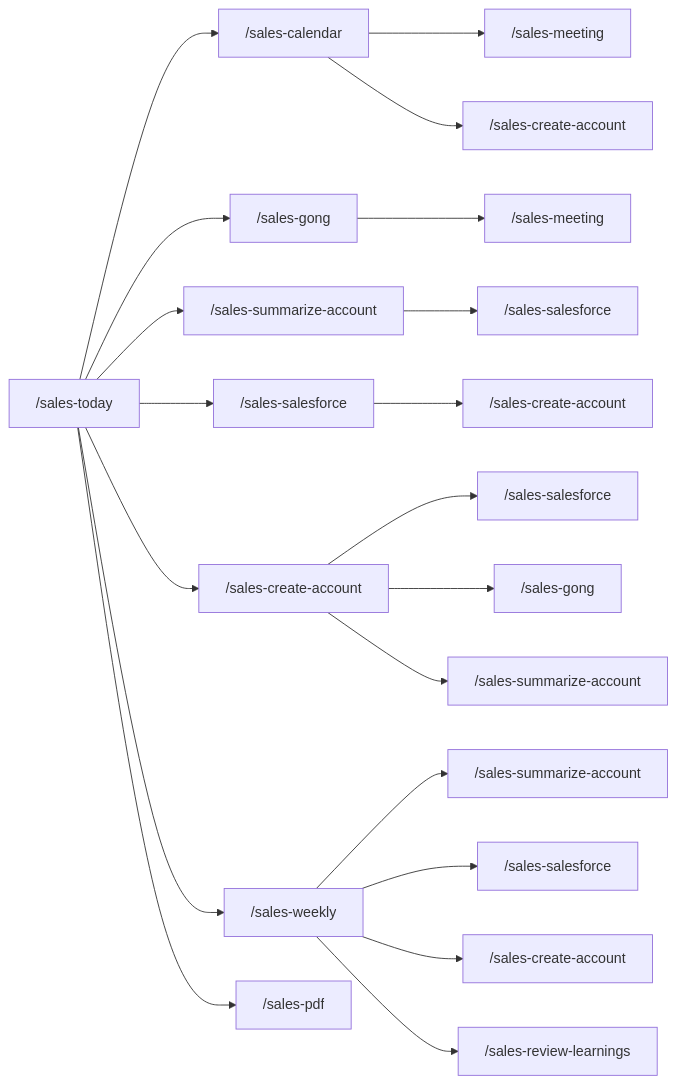
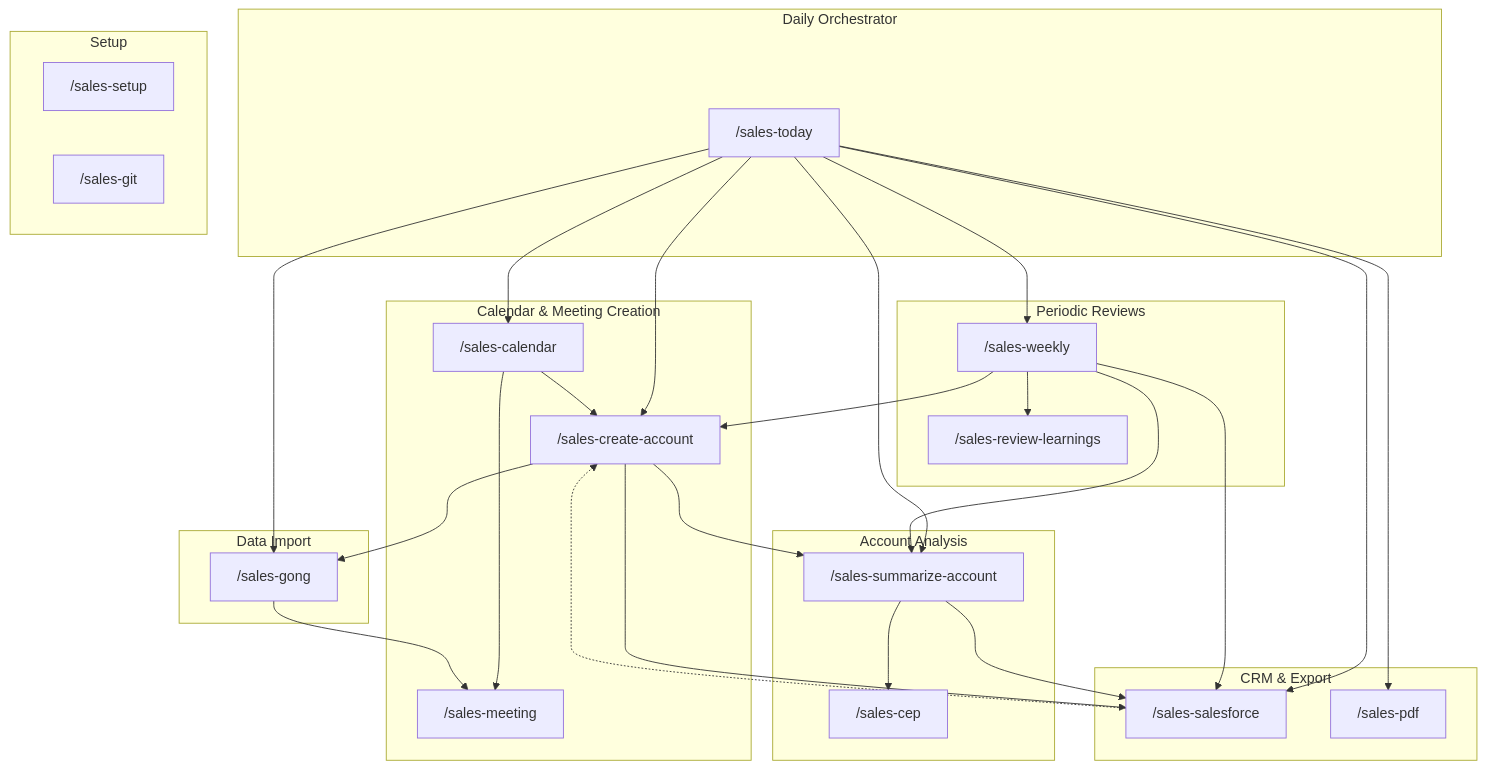
Before and after one commit to yeutterg/claude-code-sales-skills: the first of 3 diagrams in README.md, drawn with Mermaid. The commit also changed other lines of this file and 2 other files, not shown here.

Commit message:
sync: update sales-cep with full CEP manual covering complete customer lifecycle
- sales-cep: Replaced condensed stage definitions with comprehensive CEP manual including
  4 pre-pipeline stages, 7 pipeline stages, and 6 post-sale stages. Each stage now
  includes customer objectives, MEDDPICC priorities, handoff/handshake definitions,
  exit criteria, internal references, and external assets. Added 3 Whys framework,
  BVA thresholds, services engagement triggers, and reseller/marketplace guidance.
- sales-summarize-account: CEP analysis now runs even without salesforce_opportunity
- README: Updated sales-cep description to reflect expanded content

````diff
--- a/README.md
+++ b/README.md
@@ -131,23 +139,58 @@
 ```mermaid
-graph LR
-    today["/sales-today"] --> calendar["/sales-calendar"]
-    today --> gong1["/sales-gong"]
-    today --> summarize1["/sales-summarize-account"]
-    today --> salesforce1["/sales-salesforce"]
-    today --> create1["/sales-create-account"]
-    today --> weekly["/sales-weekly"]
-    today --> pdf["/sales-pdf"]
+graph TD
+    subgraph "Daily Orchestrator"
+        today["/sales-today"]
+    end
 
-    calendar --> meeting1["/sales-meeting"]
-    calendar --> create2["/sales-create-account"]
-    create1 --> salesforce3["/sales-salesforce"]
-    create1 --> gong2["/sales-gong"]
-    create1 --> summarize3["/sales-summarize-account"]
-    gong1 --> meeting2["/sales-meeting"]
-    summarize1 --> salesforce4["/sales-salesforce"]
-    salesforce1 --> create4["/sales-create-account"]
-    weekly --> summarize2["/sales-summarize-account"]
-    weekly --> salesforce2["/sales-salesforce"]
-    weekly --> create3["/sales-create-account"]
-    weekly --> review["/sales-review-learnings"]
+    subgraph "Calendar & Meeting Creation"
+        calendar["/sales-calendar"]
+        meeting["/sales-meeting"]
+        create["/sales-create-account"]
+    end
+
+    subgraph "Data Import"
+        gong["/sales-gong"]
+    end
+
+    subgraph "Account Analysis"
+        summarize["/sales-summarize-account"]
+        cep["/sales-cep"]
+    end
+
+    subgraph "CRM & Export"
+        salesforce["/sales-salesforce"]
+        pdf["/sales-pdf"]
+    end
+
+    subgraph "Periodic Reviews"
+        weekly["/sales-weekly"]
+        review["/sales-review-learnings"]
+    end
+
+    subgraph "Setup"
+        setup["/sales-setup"]
+        git["/sales-git"]
+    end
+
+    today --> calendar
+    today --> gong
+    today --> summarize
+    today --> salesforce
+    today --> create
+    today --> weekly
+    today --> pdf
+
+    calendar --> meeting
+    calendar --> create
+    create --> salesforce
+    create --> gong
+    create --> summarize
+    gong --> meeting
+    summarize --> cep
+    summarize --> salesforce
+    salesforce -.-> create
+    weekly --> summarize
+    weekly --> salesforce
+    weekly --> create
+    weekly --> review
 ```
````
